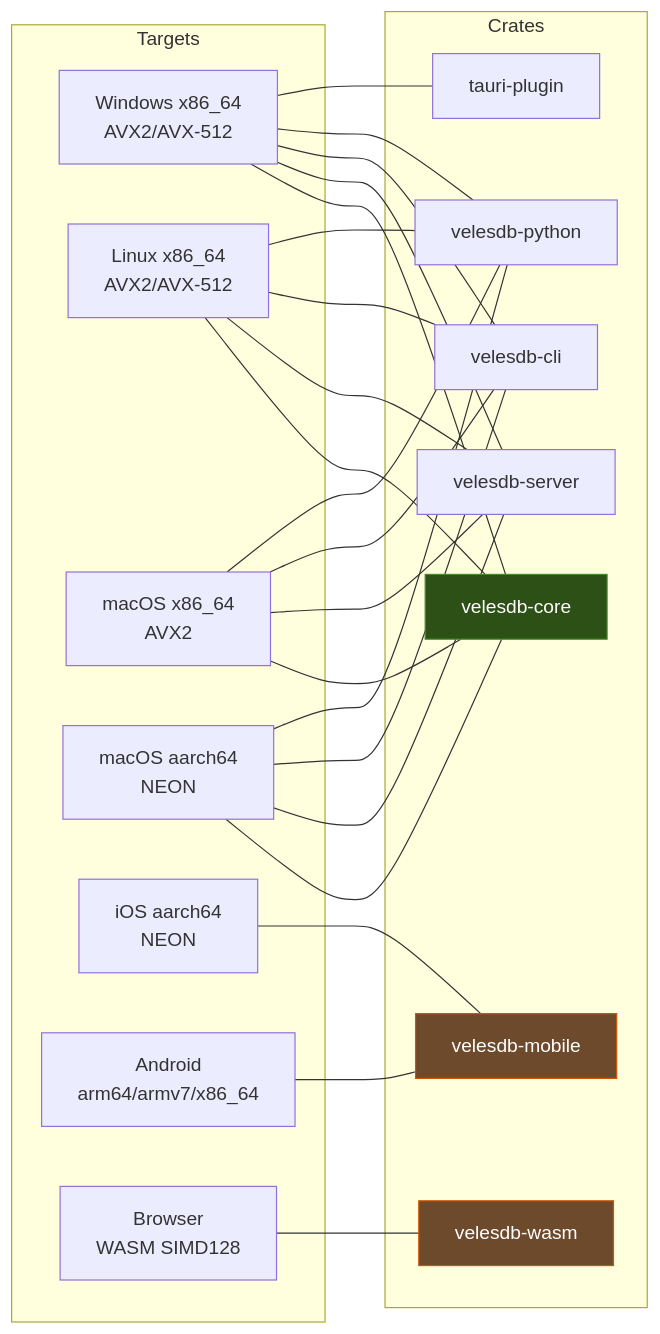
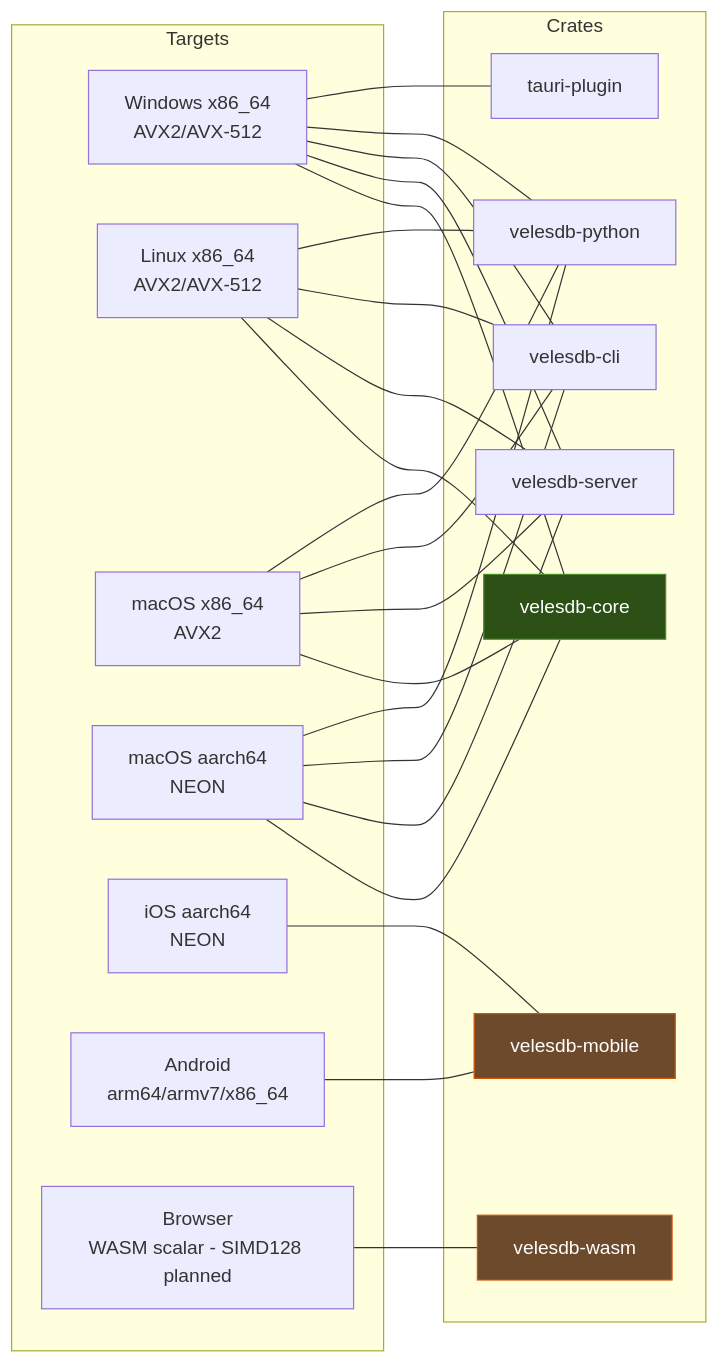
One commit to cyberlife-coder/VelesDB changed the fifth of 6 diagrams in docs/reference/ARCHITECTURE_DIAGRAMS.md. Above: the diagram before and after it, drawn with Mermaid. The commit also changed 3 other files, not shown here.

First line of the commit message:
docs(architecture): WASM runs scalar distance kernels (SIMD128 planned); real filter path in search pipeline

````diff
--- a/docs/reference/ARCHITECTURE_DIAGRAMS.md
+++ b/docs/reference/ARCHITECTURE_DIAGRAMS.md
@@ -194,47 +194,47 @@
 ```mermaid
 graph LR
     subgraph "Targets"
         WIN[Windows x86_64<br/>AVX2/AVX-512]
         LINUX[Linux x86_64<br/>AVX2/AVX-512]
         MAC_X[macOS x86_64<br/>AVX2]
         MAC_A[macOS aarch64<br/>NEON]
         IOS[iOS aarch64<br/>NEON]
         ANDROID[Android<br/>arm64/armv7/x86_64]
-        BROWSER[Browser<br/>WASM SIMD128]
+        BROWSER[Browser<br/>WASM scalar - SIMD128 planned]
     end
 
     subgraph "Crates"
         C_CORE[velesdb-core]
         C_SERVER[velesdb-server]
         C_CLI[velesdb-cli]
         C_PYTHON[velesdb-python]
         C_WASM[velesdb-wasm]
         C_MOBILE[velesdb-mobile]
         C_TAURI[tauri-plugin]
     end
 
     WIN --- C_CORE
     WIN --- C_SERVER
     WIN --- C_CLI
     WIN --- C_PYTHON
     WIN --- C_TAURI
     LINUX --- C_CORE
     LINUX --- C_SERVER
     LINUX --- C_CLI
     LINUX --- C_PYTHON
     MAC_X --- C_CORE
     MAC_X --- C_SERVER
     MAC_X --- C_CLI
     MAC_X --- C_PYTHON
     MAC_A --- C_CORE
     MAC_A --- C_SERVER
     MAC_A --- C_CLI
     MAC_A --- C_PYTHON
     IOS --- C_MOBILE
     ANDROID --- C_MOBILE
     BROWSER --- C_WASM
 
     style C_CORE fill:#2d5016,stroke:#4a8c2a,color:#fff
     style C_WASM fill:#6e4a2d,stroke:#d35400,color:#fff
     style C_MOBILE fill:#6e4a2d,stroke:#d35400,color:#fff
 ```
````
